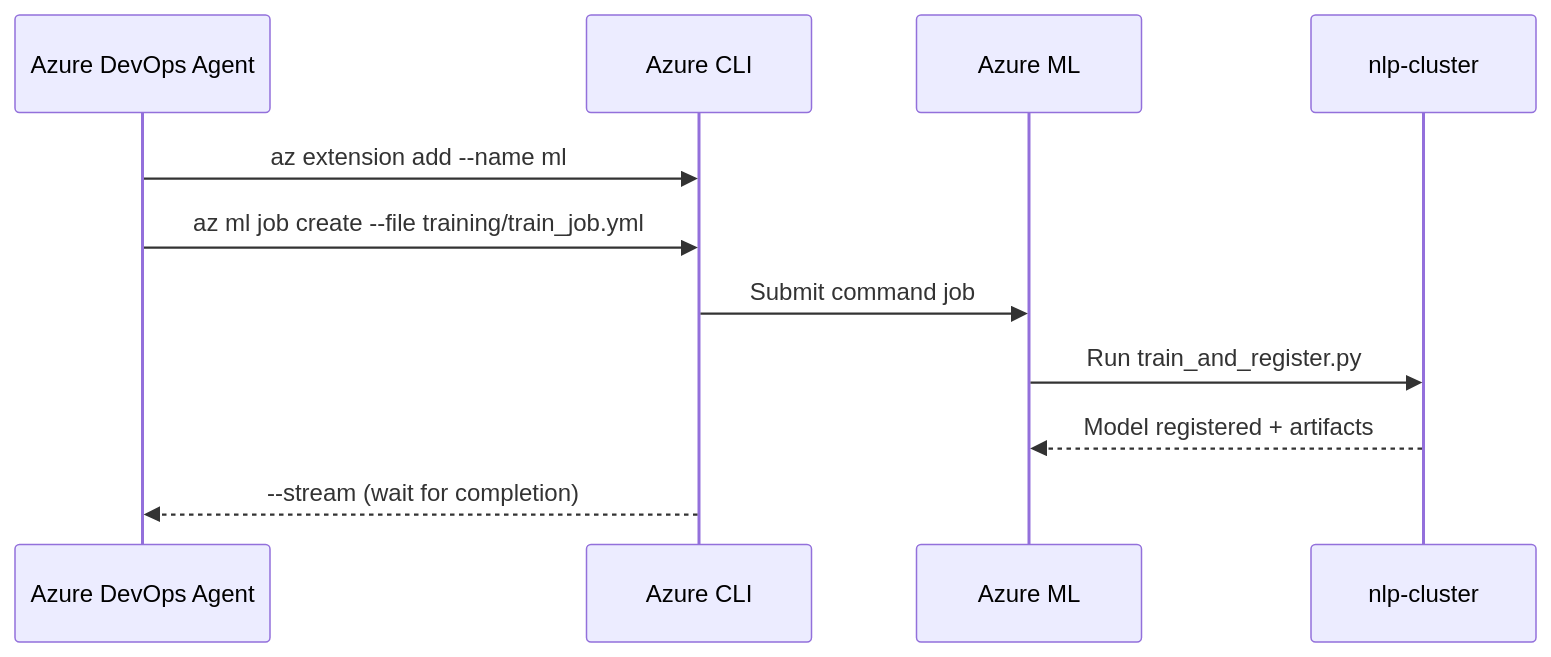
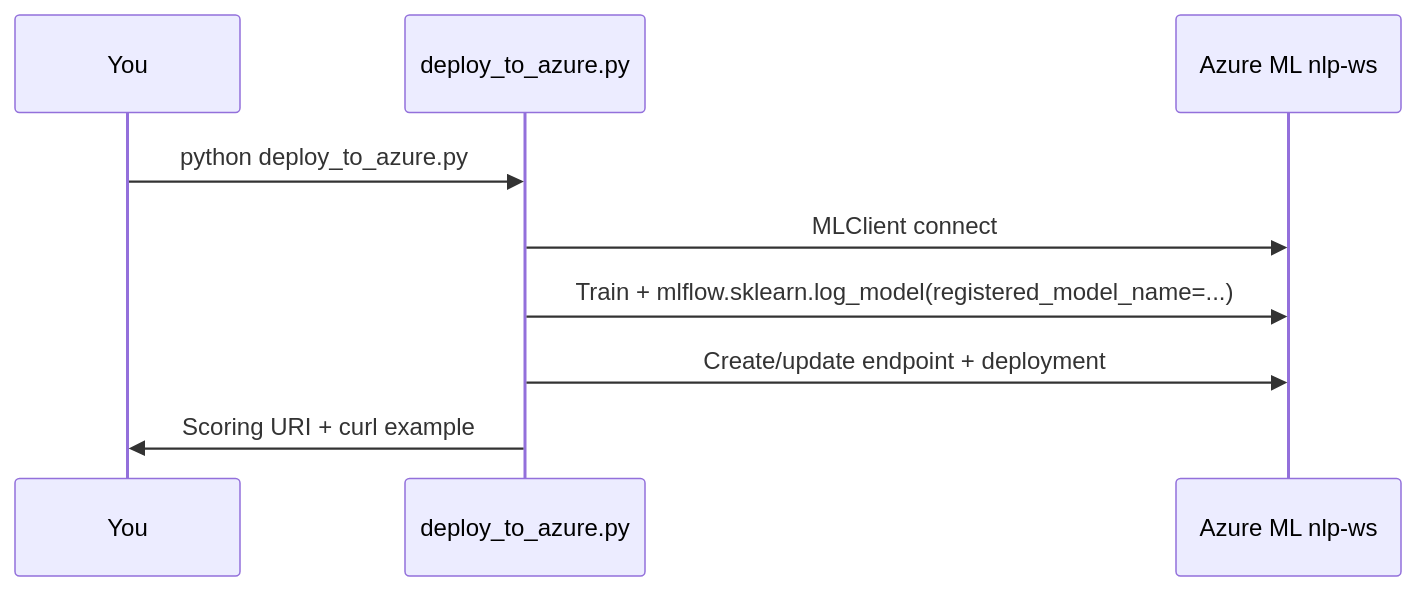
The third of 3 diagrams in flow.md (itsharsh01/simple_nlp_pipeline), drawn with Mermaid before and after one commit. The commit also changed other lines of this file and 10 other files, not shown here.

````diff
--- a/flow.md
+++ b/flow.md
@@ -399,14 +135,12 @@
 ```mermaid
 sequenceDiagram
-    participant ADO as Azure DevOps Agent
-    participant AZ as Azure CLI
-    participant AML as Azure ML
-    participant CL as nlp-cluster
+    participant You
+    participant Script as deploy_to_azure.py
+    participant AML as Azure ML nlp-ws
 
-    ADO->>AZ: az extension add --name ml
-    ADO->>AZ: az ml job create --file training/train_job.yml
-    AZ->>AML: Submit command job
-    AML->>CL: Run train_and_register.py
-    CL-->>AML: Model registered + artifacts
-    AZ-->>ADO: --stream (wait for completion)
+    You->>Script: python deploy_to_azure.py
+    Script->>AML: MLClient connect
+    Script->>AML: Train + mlflow.sklearn.log_model(registered_model_name=...)
+    Script->>AML: Create/update endpoint + deployment
+    Script->>You: Scoring URI + curl example
 ```
````
